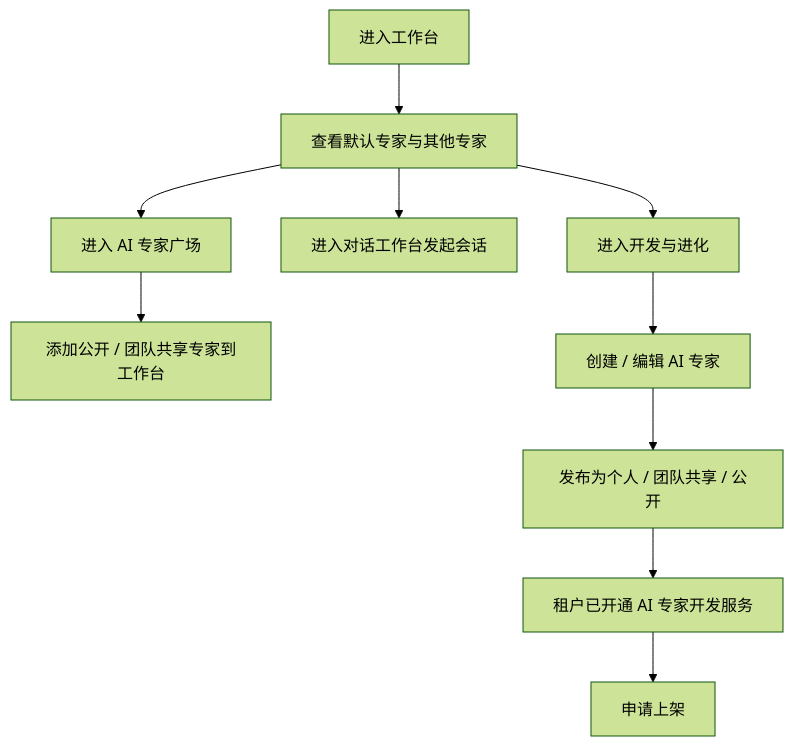
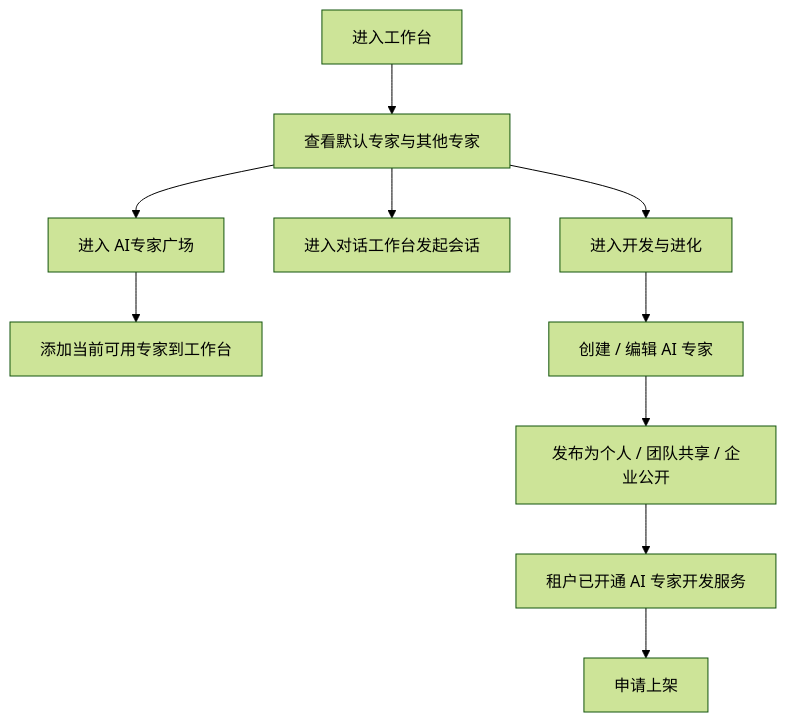
The second of 4 diagrams in Frontis AI · 完整 PRD V2.md (wanquanY/Frontis_prd), drawn with Mermaid (forest theme) before and after one commit. The commit also changed other lines of this file and 8 other files, not shown here.

````diff
--- a/Frontis AI · 完整 PRD V2.md
+++ b/Frontis AI · 完整 PRD V2.md
@@ -109,12 +110,12 @@
 ```mermaid
 flowchart TD
   A["进入工作台"] --> B["查看默认专家与其他专家"]
-  B --> C["进入 AI 专家广场"]
-  C --> D["添加公开 / 团队共享专家到工作台"]
+  B --> C["进入 AI专家广场"]
+  C --> D["添加当前可用专家到工作台"]
   B --> E["进入对话工作台发起会话"]
   B --> F["进入开发与进化"]
   F --> G["创建 / 编辑 AI 专家"]
-  G --> H["发布为个人 / 团队共享 / 公开"]
+  G --> H["发布为个人 / 团队共享 / 企业公开"]
   H --> I["租户已开通 AI 专家开发服务"]
   I --> J["申请上架"]
 ```
````
